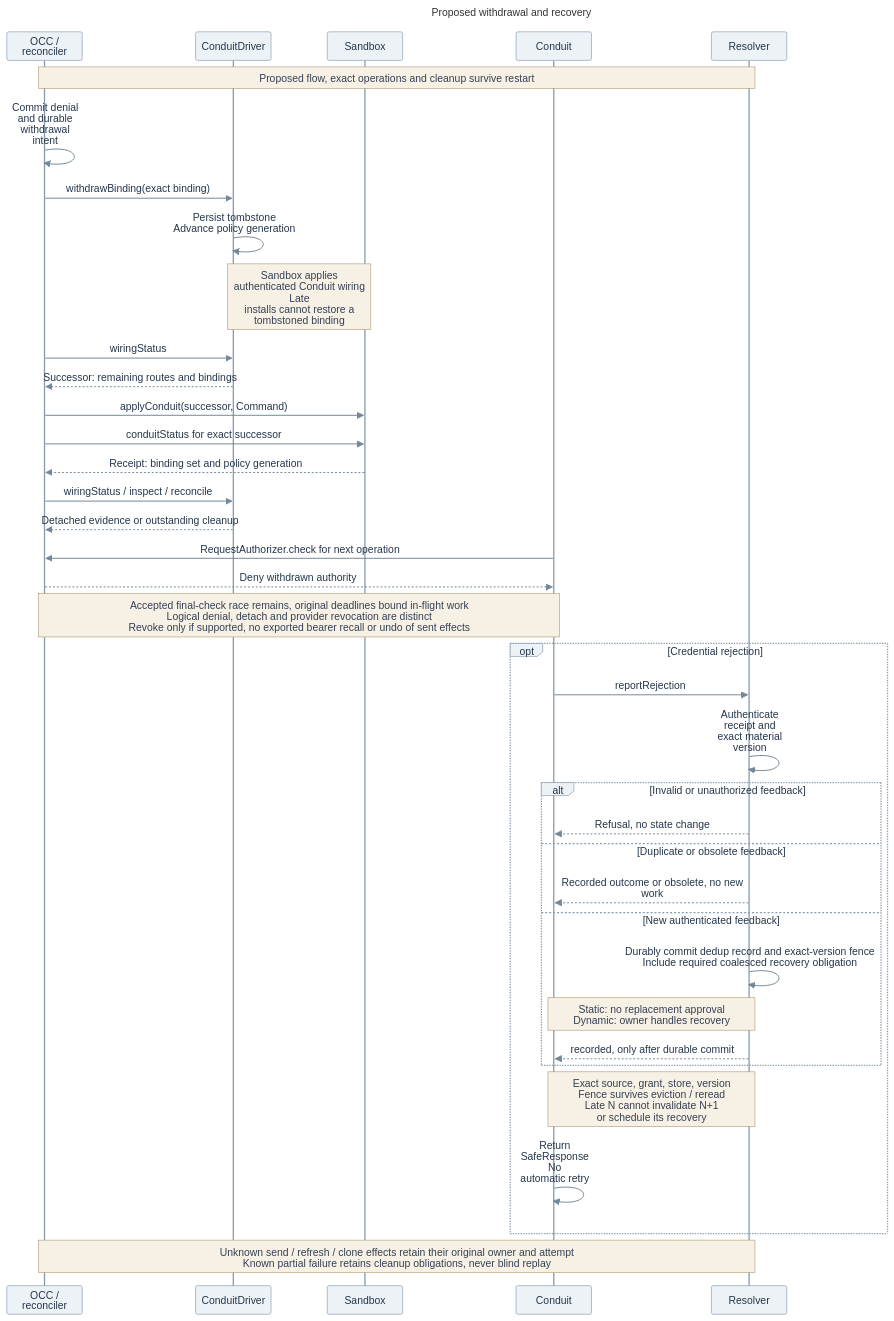
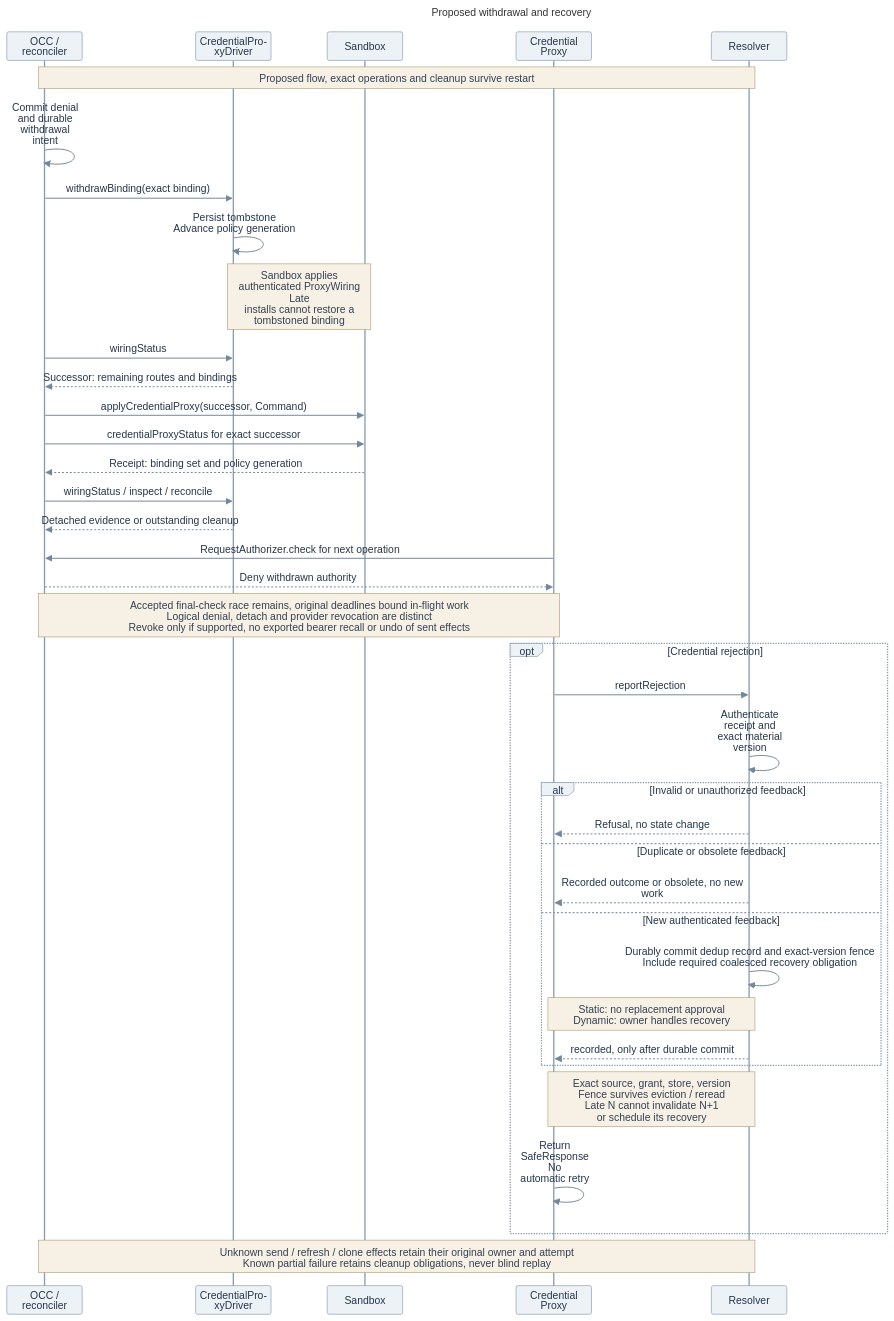
Before and after one commit to anmol0b/openclaw-enterprise: the diagram in specs/rfcs/0021-egress-proxy-credential-lifecycle/assets/revocation-recovery.mmd, drawn with Mermaid. The commit also changed 9 other files, not shown here.

Commit message:
Name the protected provider capability Credential Proxy in RFC-0021

```diff
--- a/specs/rfcs/0021-egress-proxy-credential-lifecycle/assets/revocation-recovery.mmd
+++ b/specs/rfcs/0021-egress-proxy-credential-lifecycle/assets/revocation-recovery.mmd
@@ -1,65 +1,65 @@
 ---
 title: "Proposed withdrawal and recovery"
 config:
   theme: base
   htmlLabels: true
   themeVariables:
     fontFamily: "Arial, sans-serif"
     fontSize: "16px"
     actorBkg: "#EDF2F7"
     actorBorder: "#879AB0"
     actorTextColor: "#25364A"
     noteBkgColor: "#F7F1E5"
     noteBorderColor: "#B3A078"
     noteTextColor: "#344054"
     signalColor: "#748798"
     signalTextColor: "#25364A"
   sequence:
     useMaxWidth: false
     actorMargin: 18
     width: 116
     height: 44
     diagramMarginX: 12
     diagramMarginY: 12
     messageMargin: 16
     noteMargin: 8
     mirrorActors: true
     wrap: true
 ---
 sequenceDiagram
   participant C as OCC / reconciler
-  participant E as ConduitDriver
+  participant E as CredentialProxyDriver
   participant B as Sandbox
-  participant F as Conduit
+  participant F as Credential Proxy
   participant R as Resolver
   Note over C,R: Proposed flow, exact operations and cleanup survive restart
   C->>C: Commit denial and durable withdrawal intent
   C->>E: withdrawBinding(exact binding)
   E->>E: Persist tombstone<br/>Advance policy generation
-  Note over E,B: Sandbox applies authenticated Conduit wiring<br/>Late installs cannot restore a tombstoned binding
+  Note over E,B: Sandbox applies authenticated ProxyWiring<br/>Late installs cannot restore a tombstoned binding
   C->>E: wiringStatus
   E-->>C: Successor: remaining routes and bindings
-  C->>B: applyConduit(successor, Command)
-  C->>B: conduitStatus for exact successor
+  C->>B: applyCredentialProxy(successor, Command)
+  C->>B: credentialProxyStatus for exact successor
   B-->>C: Receipt: binding set and policy generation
   C->>E: wiringStatus / inspect / reconcile
   E-->>C: Detached evidence or outstanding cleanup
   F->>C: RequestAuthorizer.check for next operation
   C-->>F: Deny withdrawn authority
   Note over C,F: Accepted final-check race remains, original deadlines bound in-flight work<br/>Logical denial, detach and provider revocation are distinct<br/>Revoke only if supported, no exported bearer recall or undo of sent effects
   opt Credential rejection
     F->>R: reportRejection
     R->>R: Authenticate receipt and exact material version
     alt Invalid or unauthorized feedback
       R-->>F: Refusal, no state change
     else Duplicate or obsolete feedback
       R-->>F: Recorded outcome or obsolete, no new work
     else New authenticated feedback
       R->>R: Durably commit dedup record and exact-version fence<br/>Include required coalesced recovery obligation
       Note over F,R: Static: no replacement approval<br/>Dynamic: owner handles recovery
       R-->>F: recorded, only after durable commit
     end
     Note over F,R: Exact source, grant, store, version<br/>Fence survives eviction / reread<br/>Late N cannot invalidate N+1<br/>or schedule its recovery
     F->>F: Return SafeResponse<br/>No automatic retry
   end
   Note over C,R: Unknown send / refresh / clone effects retain their original owner and attempt<br/>Known partial failure retains cleanup obligations, never blind replay
```
